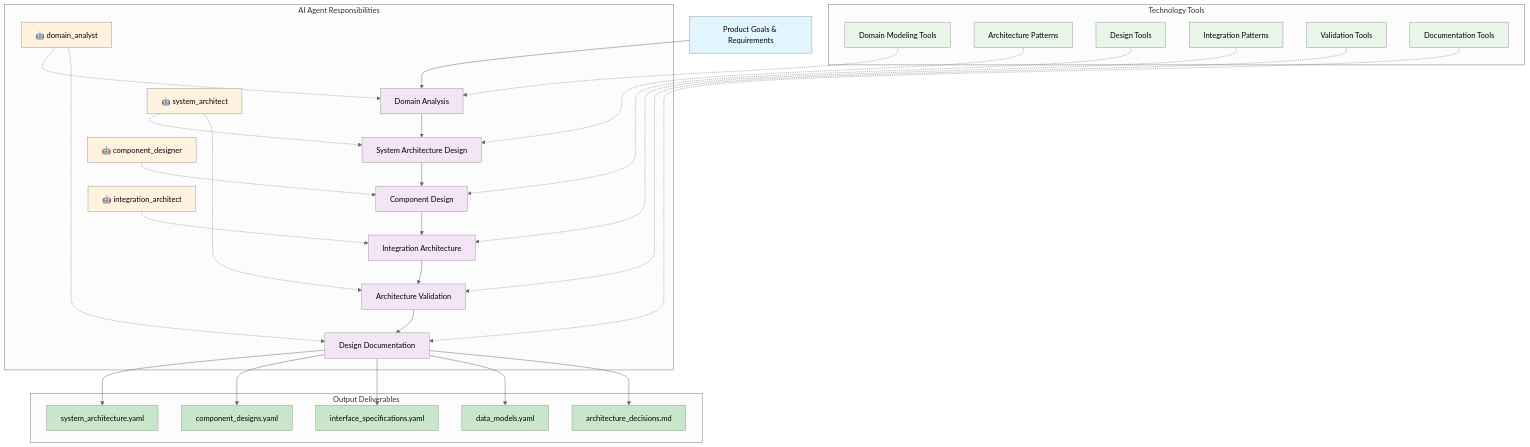
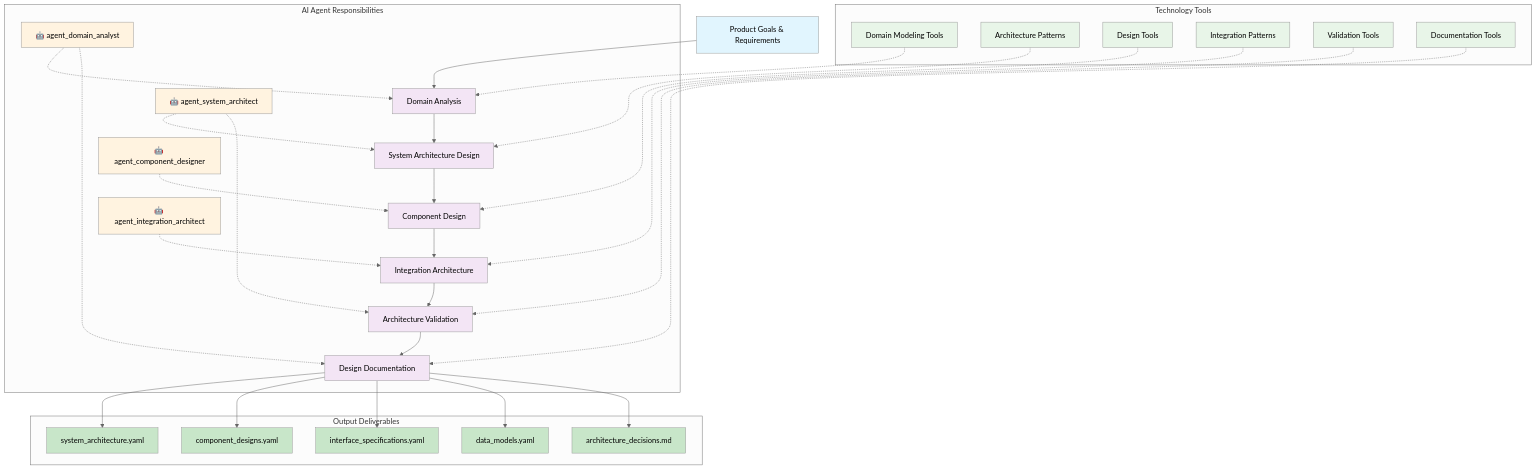
Before and after one commit to precocityresearchlab/path_framework: the diagram in framework/path_software_engineering_methodology.md, drawn with Mermaid (neutral theme). The commit also changed other lines of this file and 12 other files, not shown here.

````diff
--- a/framework/path_software_engineering_methodology.md
+++ b/framework/path_software_engineering_methodology.md
@@ -84,58 +84,58 @@
 ```mermaid
 graph TD
     A[Product Goals & Requirements] --> B[Domain Analysis]
     B --> C[System Architecture Design]
     C --> D[Component Design]
     D --> E[Integration Architecture]
     E --> F[Architecture Validation]
     F --> G[Design Documentation]
     
     subgraph "AI Agent Responsibilities"
-        H["🤖 domain_analyst"] -.-> B
-        I["🤖 system_architect"] -.-> C
+        H["🤖 agent_domain_analyst"] -.-> B
+        I["🤖 agent_system_architect"] -.-> C
         I -.-> F
-        J["🤖 component_designer"] -.-> D
-        K["🤖 integration_architect"] -.-> E
+        J["🤖 agent_component_designer"] -.-> D
+        K["🤖 agent_integration_architect"] -.-> E
         H -.-> G
     end
     
     subgraph "Technology Tools"
         L[Domain Modeling Tools] -.-> B
         M[Architecture Patterns] -.-> C
         N[Design Tools] -.-> D
         O[Integration Patterns] -.-> E
         P[Validation Tools] -.-> F
         Q[Documentation Tools] -.-> G
     end
     
     subgraph "Output Deliverables"
         G --> R[system_architecture.yaml]
         G --> S[component_designs.yaml]
         G --> T[interface_specifications.yaml]
         G --> U[data_models.yaml]
         G --> V[architecture_decisions.md]
     end
     
     style A fill:#e1f5fe
     style B fill:#f3e5f5
     style C fill:#f3e5f5
     style D fill:#f3e5f5
     style E fill:#f3e5f5
     style F fill:#f3e5f5
     style G fill:#f3e5f5
     style H fill:#fff3e0
     style I fill:#fff3e0
     style J fill:#fff3e0
     style K fill:#fff3e0
     style L fill:#e8f5e8
     style M fill:#e8f5e8
     style N fill:#e8f5e8
     style O fill:#e8f5e8
     style P fill:#e8f5e8
     style Q fill:#e8f5e8
     style R fill:#c8e6c9
     style S fill:#c8e6c9
     style T fill:#c8e6c9
     style U fill:#c8e6c9
     style V fill:#c8e6c9
 ```
````
